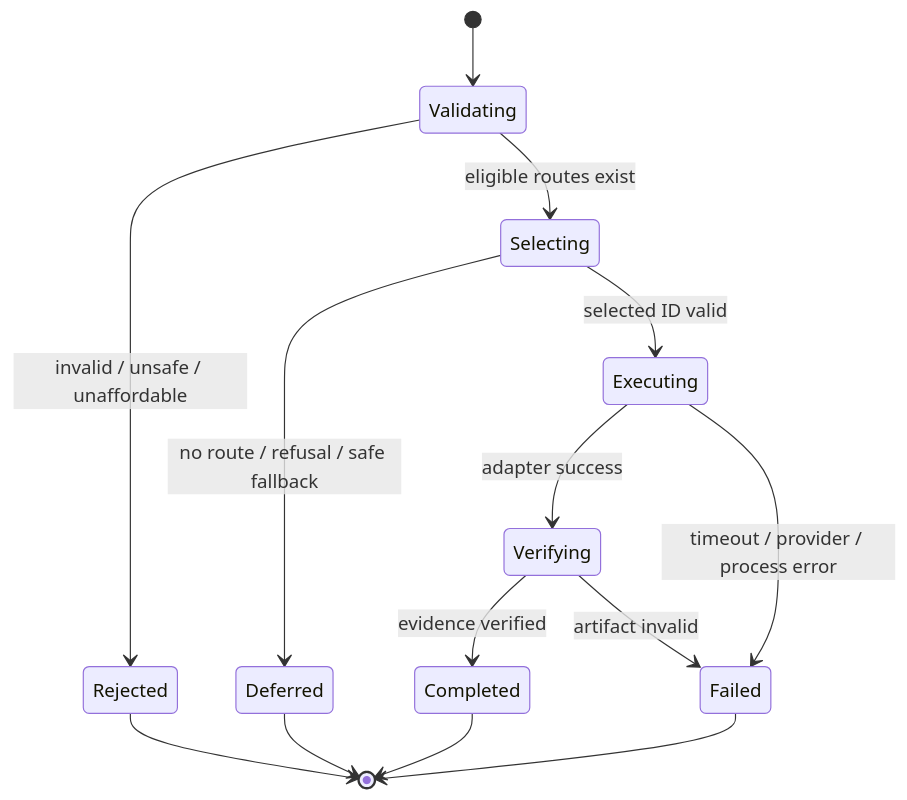
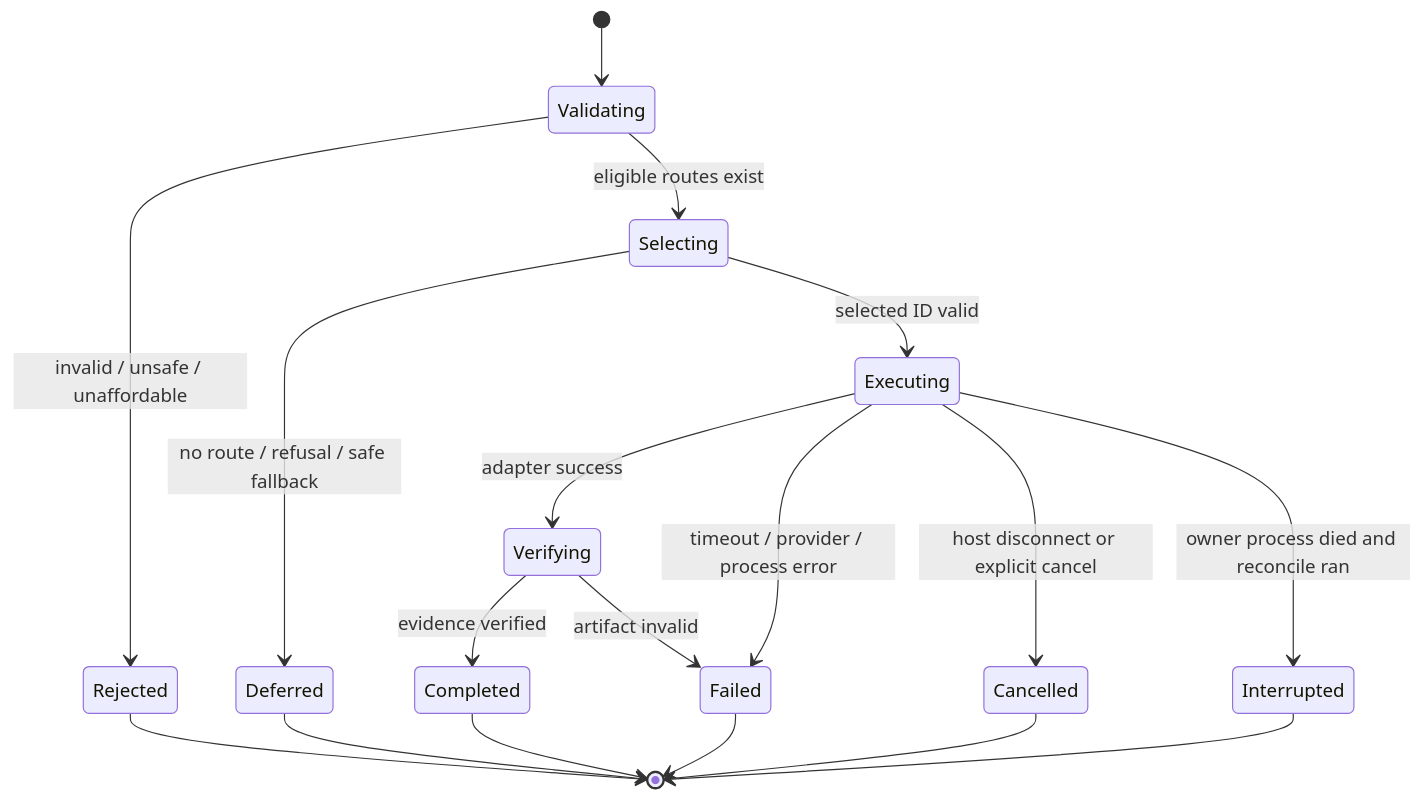
The third of 3 diagrams in docs/ARCHITECTURE.md (ozgureyilmaz/harnessrouter), drawn with Mermaid before and after one commit. The commit also changed other lines of this file and 22 other files, not shown here.

````diff
--- a/docs/ARCHITECTURE.md
+++ b/docs/ARCHITECTURE.md
@@ -114,16 +117,20 @@
 ```mermaid
 stateDiagram-v2
     [*] --> Validating
     Validating --> Rejected: invalid / unsafe / unaffordable
     Validating --> Selecting: eligible routes exist
     Selecting --> Deferred: no route / refusal / safe fallback
     Selecting --> Executing: selected ID valid
     Executing --> Verifying: adapter success
     Executing --> Failed: timeout / provider / process error
+    Executing --> Cancelled: host disconnect or explicit cancel
+    Executing --> Interrupted: owner process died and reconcile ran
     Verifying --> Completed: evidence verified
     Verifying --> Failed: artifact invalid
     Completed --> [*]
     Rejected --> [*]
     Deferred --> [*]
     Failed --> [*]
+    Cancelled --> [*]
+    Interrupted --> [*]
 ```
````
